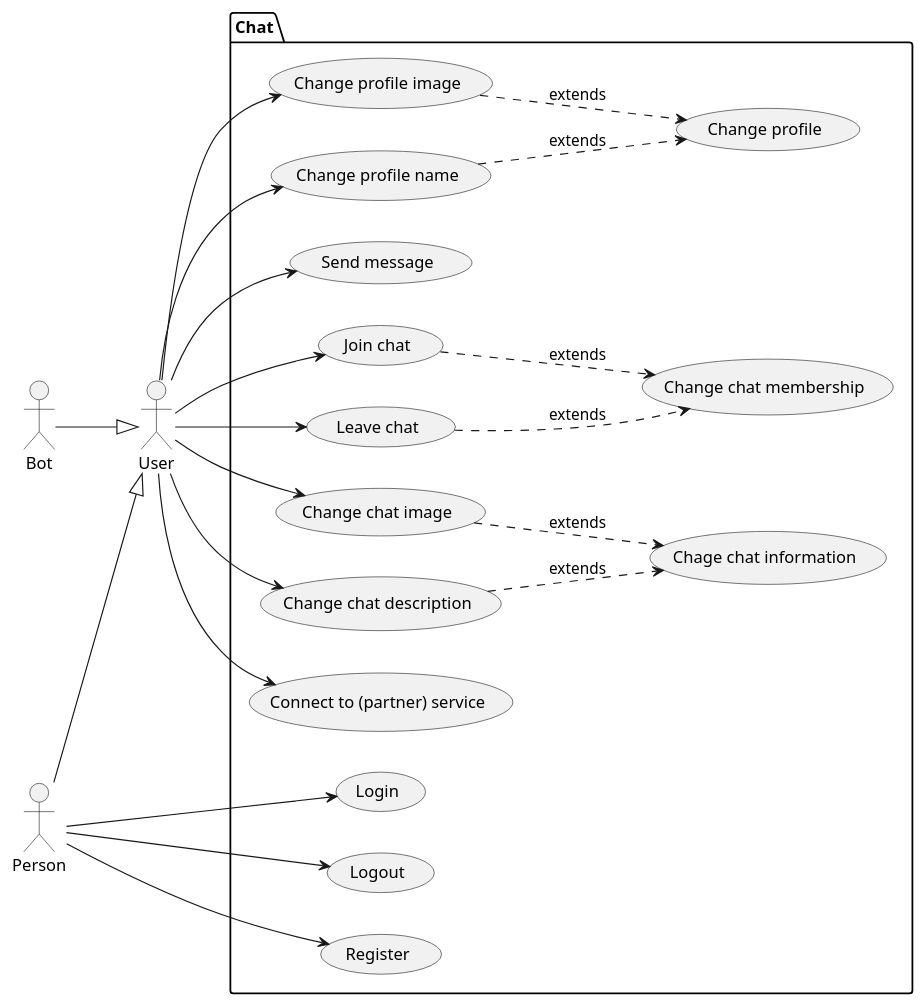
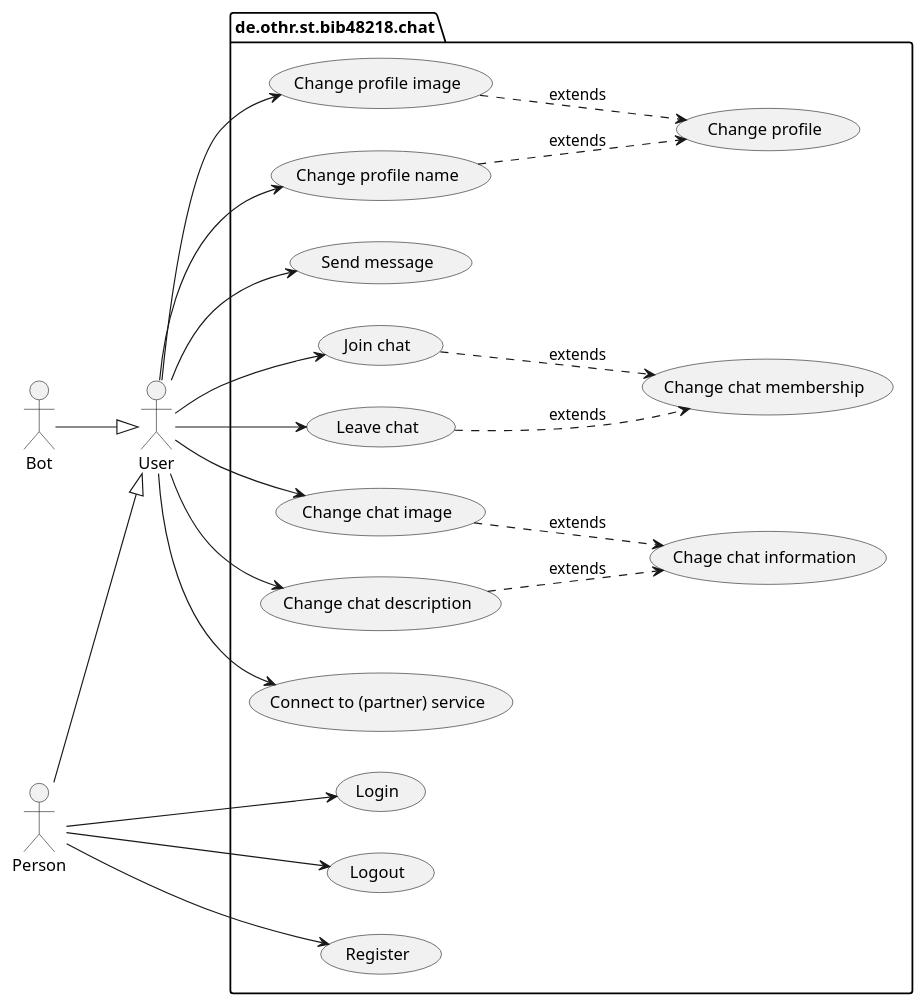
The diagram in src/doc/uml-usecase.puml (bbenno/oth-sw), drawn with PlantUML before and after one commit.

Commit message:
Change package name in UC diagram

```diff
--- a/src/doc/uml-usecase.puml
+++ b/src/doc/uml-usecase.puml
@@ -1,53 +1,53 @@
 @startuml chat-usecase
 skinparam monochrome true
 left to right direction
 
 ' actors
 actor "User" as u
 actor "Person" as p
 actor "Bot" as b
 
 ' actor hierarchy
 p -down-|> u
 b -down-|> u
 
 ' use cases
-package "Chat" {
+package "de.othr.st.bib48218.chat" {
   usecase "Login" as oUC1
   usecase "Logout" as oUC2
   usecase "Register" as oUC3
   usecase "Change profile image" as oUC4
   usecase "Change profile name" as oUC5
   usecase "Change profile" as oeUC1
   oUC4 ..> oeUC1 : extends
   oUC5 ..> oeUC1 : extends
 
   usecase "Send message" as mUC
   ' Chating use cases
   usecase "Join chat" as cUC1
   usecase "Leave chat" as cUC2
   usecase "Change chat membership" as ceUC2
   usecase "Change chat image" as cUC3
   usecase "Change chat description" as cUC4
   usecase "Chage chat information" as ceUC1
   cUC1 ..> ceUC2 : extends
   cUC2 ..> ceUC2 : extends
   cUC3 ..> ceUC1 : extends
   cUC4 ..> ceUC1 : extends
   ' Connecting to partners use cases
   usecase "Connect to (partner) service" as pUC
 }
 
 '  link actor User with use cases
 p --> oUC1
 p --> oUC2
 p --> oUC3
 u --> oUC4
 u --> oUC5
 u --> mUC
 u --> cUC1
 u --> cUC2
 u --> cUC3
 u --> cUC4
 u --> pUC
 @enduml
```
